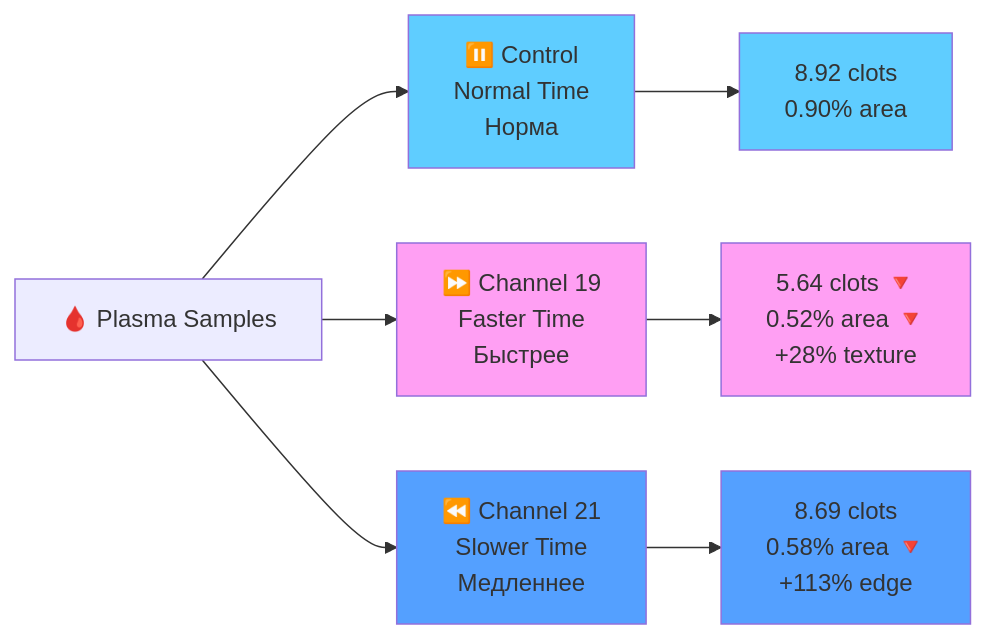
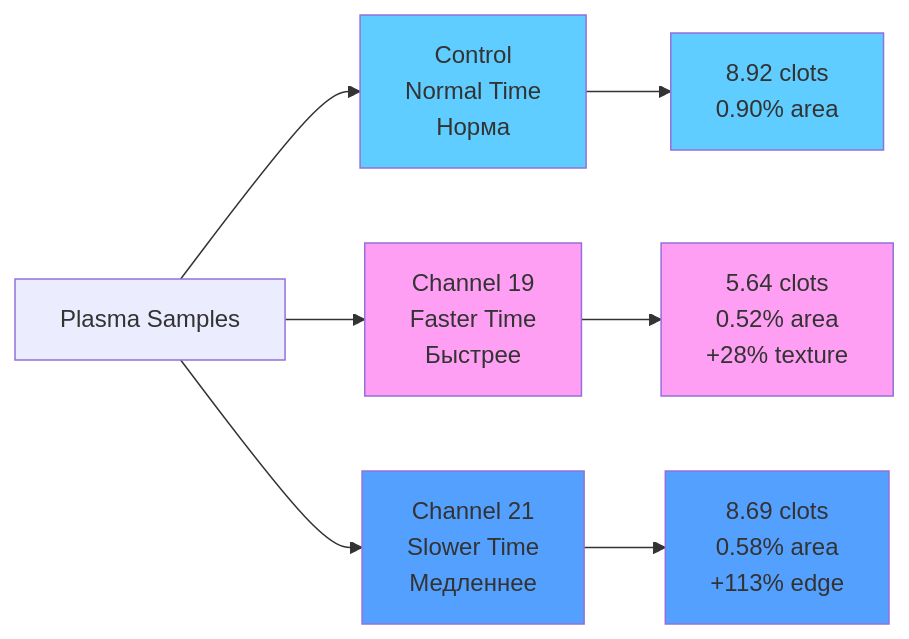
Before and after one commit to AdvancedScientificResearchProjects/Hyperbolic_Field_BloodPlasma_Study: the third of 4 diagrams in original_research/data/README.md, drawn with Mermaid. The commit also changed other lines of this file and 46 other files, not shown here.

````diff
--- a/original_research/data/README.md
+++ b/original_research/data/README.md
@@ -140,17 +130,17 @@
 ```mermaid
 flowchart LR
-    A[🩸 Plasma Samples] --> B[⏸️ Control<br/>Normal Time<br/>Норма]
-    A --> C[⏩ Channel 19<br/>Faster Time<br/>Быстрее]
-    A --> D[⏪ Channel 21<br/>Slower Time<br/>Медленнее]
+    A[ Plasma Samples] --> B[ Control<br/>Normal Time<br/>Норма]
+    A --> C[ Channel 19<br/>Faster Time<br/>Быстрее]
+    A --> D[ Channel 21<br/>Slower Time<br/>Медленнее]
     
     B --> E[8.92 clots<br/>0.90% area]
-    C --> F[5.64 clots 🔻<br/>0.52% area 🔻<br/>+28% texture]
-    D --> G[8.69 clots<br/>0.58% area 🔻<br/>+113% edge]
+    C --> F[5.64 clots <br/>0.52% area <br/>+28% texture]
+    D --> G[8.69 clots<br/>0.58% area <br/>+113% edge]
     
     style B fill:#5fcdff
     style C fill:#ff9ff3
     style D fill:#54a0ff
     style E fill:#5fcdff
     style F fill:#ff9ff3
     style G fill:#54a0ff
 ```
````
